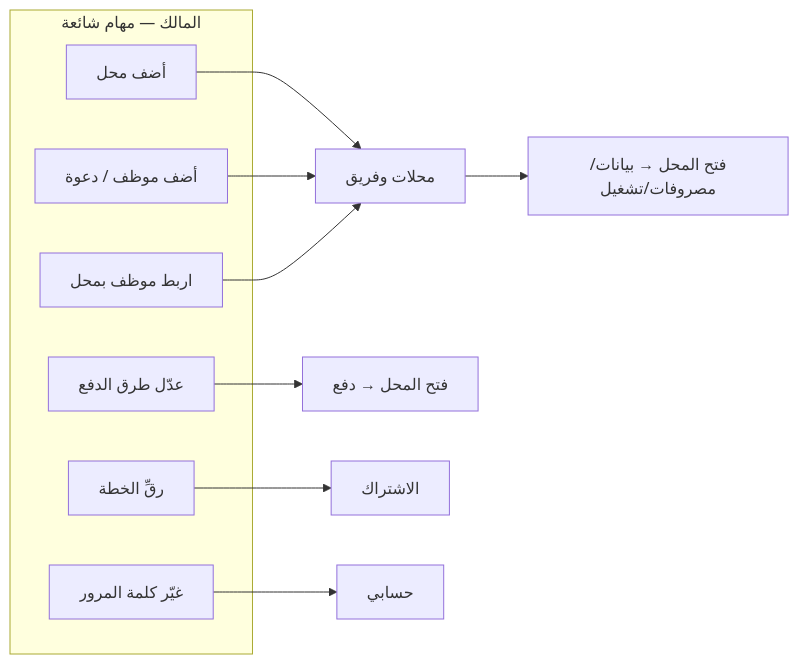
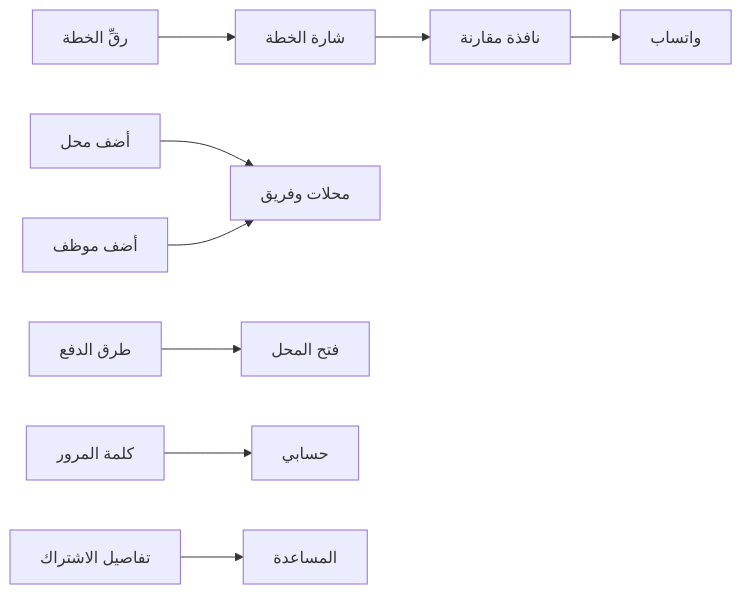
Before and after one commit to hajrix01-star/taqfeelah: the fourth of 5 diagrams in docs/OWNER_SETTINGS_IA_PLAN.md, drawn with Mermaid. The commit also changed other lines of this file and 1 other file, not shown here.

First line of the commit message:
docs: add plan chip + picker modal to settings IA spec

````diff
--- a/docs/OWNER_SETTINGS_IA_PLAN.md
+++ b/docs/OWNER_SETTINGS_IA_PLAN.md
@@ -181,20 +247,12 @@
 ```mermaid
 flowchart LR
-  subgraph owner["المالك — مهام شائعة"]
-    Q1["أضف محل"]
-    Q2["أضف موظف / دعوة"]
-    Q3["اربط موظف بمحل"]
-    Q4["عدّل طرق الدفع"]
-    Q5["رقِّ الخطة"]
-    Q6["غيّر كلمة المرور"]
-  end
+  Q5["رقِّ الخطة"] --> CHIP["شارة الخطة"]
+  CHIP --> MODAL["نافذة مقارنة"]
+  MODAL --> WA["واتساب"]
 
-  Q1 --> M["محلات وفريق"]
-  Q2 --> M
-  Q3 --> M
-  Q4 --> S["فتح المحل → دفع"]
-  Q5 --> B["الاشتراك"]
-  Q6 --> A["حسابي"]
-
-  M --> S2b["فتح المحل → بيانات/مصروفات/تشغيل"]
+  Q1["أضف محل"] --> M["محلات وفريق"]
+  Q2["أضف موظف"] --> M
+  Q4["طرق الدفع"] --> S["فتح المحل"]
+  Q6["كلمة المرور"] --> A["حسابي"]
+  Q7["تفاصيل الاشتراك"] --> H["المساعدة"]
 ```
````
